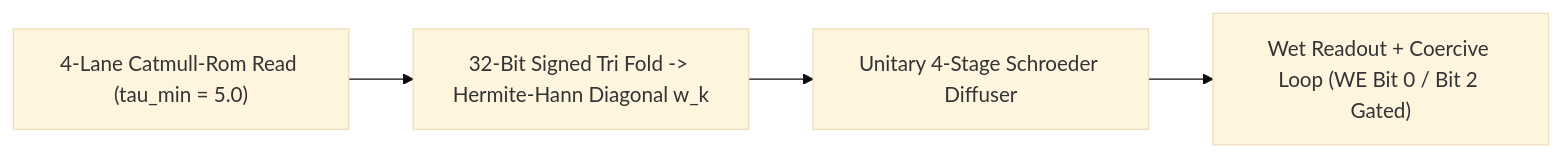
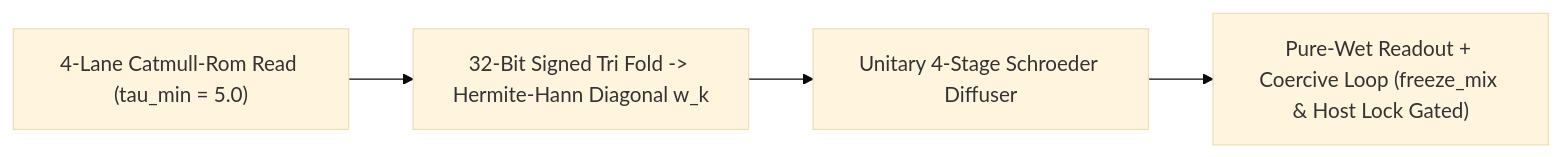
Before and after one commit to mokugen/dnam: the diagram in docs/specs/dsp/op_t_transport.md, drawn with Mermaid (base theme). The commit also changed other lines of this file and 26 other files, not shown here.

````diff
--- a/docs/specs/dsp/op_t_transport.md
+++ b/docs/specs/dsp/op_t_transport.md
@@ -348,6 +345,6 @@
 ```mermaid
 flowchart LR
     Read["4-Lane Catmull-Rom Read (tau_min = 5.0)"] --> Fold["32-Bit Signed Tri Fold -> Hermite-Hann Diagonal w_k"]
     Fold --> Sch["Unitary 4-Stage Schroeder Diffuser"]
-    Sch --> Out["Wet Readout + Coercive Loop (WE Bit 0 / Bit 2 Gated)"]
+    Sch --> Out["Pure-Wet Readout + Coercive Loop (freeze_mix & Host Lock Gated)"]
 ```
````
